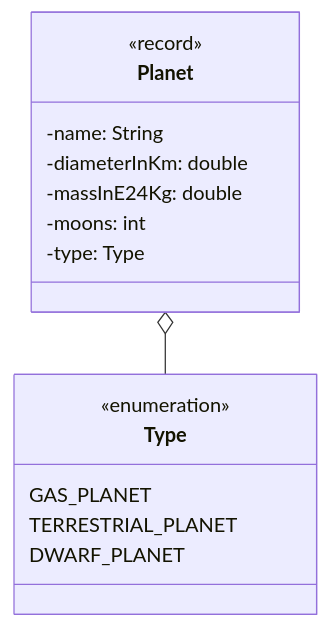
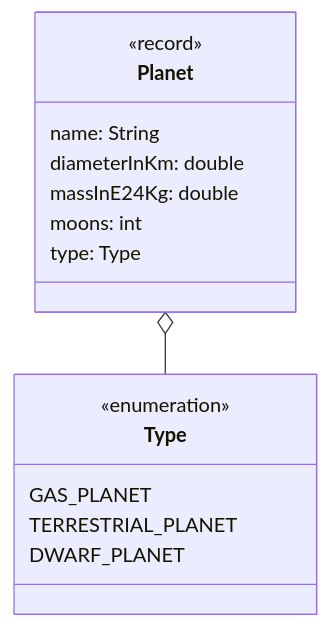
The diagram in docs/exam-exercises/exam-exercises-java2/planets.md (jappuccini/java-docs), drawn with Mermaid before and after one commit. The commit also changed 24 other files, not shown here.

````diff
--- a/docs/exam-exercises/exam-exercises-java2/planets.md
+++ b/docs/exam-exercises/exam-exercises-java2/planets.md
@@ -18,20 +18,20 @@
 ```mermaid
 classDiagram
     Planet o-- Type
 
     class Planet {
         <<record>>
-        -name: String
-        -diameterInKm: double
-        -massInE24Kg: double
-        -moons: int
-        -type: Type
+        name: String
+        diameterInKm: double
+        massInE24Kg: double
+        moons: int
+        type: Type
     }
 
     class Type {
         <<enumeration>>
         GAS_PLANET
         TERRESTRIAL_PLANET
         DWARF_PLANET
     }
 ```
````
